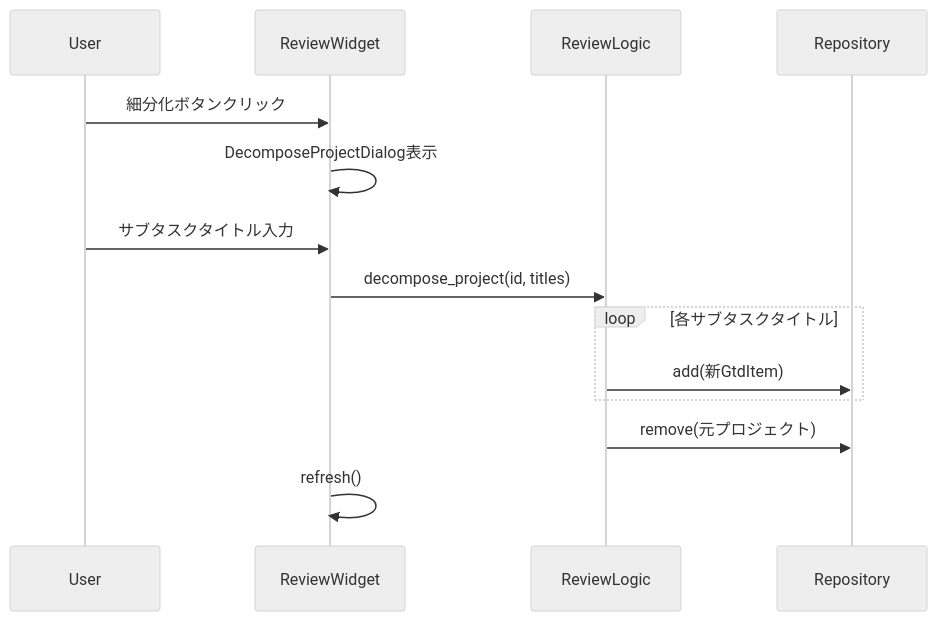
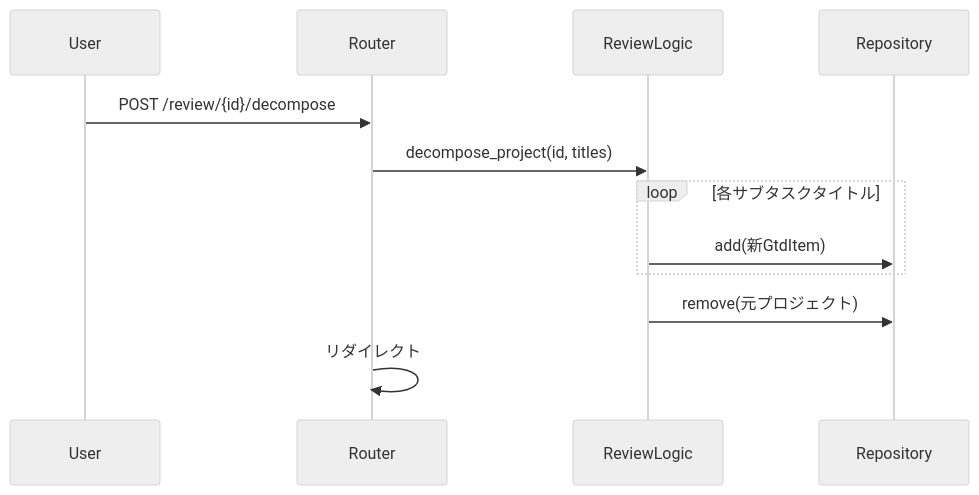
The seventh of 7 diagrams in docs/design/architecture.md (teppei19980914/Defrago), drawn with Mermaid (neutral theme) before and after one commit. The commit also changed other lines of this file and 6 other files, not shown here.

````diff
--- a/docs/design/architecture.md
+++ b/docs/design/architecture.md
@@ -365,17 +467,15 @@
 ```mermaid
 sequenceDiagram
     participant User
-    participant ReviewWidget
+    participant Router
     participant ReviewLogic
     participant Repository
 
-    User->>ReviewWidget: 細分化ボタンクリック
-    ReviewWidget->>ReviewWidget: DecomposeProjectDialog表示
-    User->>ReviewWidget: サブタスクタイトル入力
-    ReviewWidget->>ReviewLogic: decompose_project(id, titles)
+    User->>Router: POST /review/{id}/decompose
+    Router->>ReviewLogic: decompose_project(id, titles)
     loop 各サブタスクタイトル
         ReviewLogic->>Repository: add(新GtdItem)
     end
     ReviewLogic->>Repository: remove(元プロジェクト)
-    ReviewWidget->>ReviewWidget: refresh()
+    Router->>Router: リダイレクト
 ```
````
